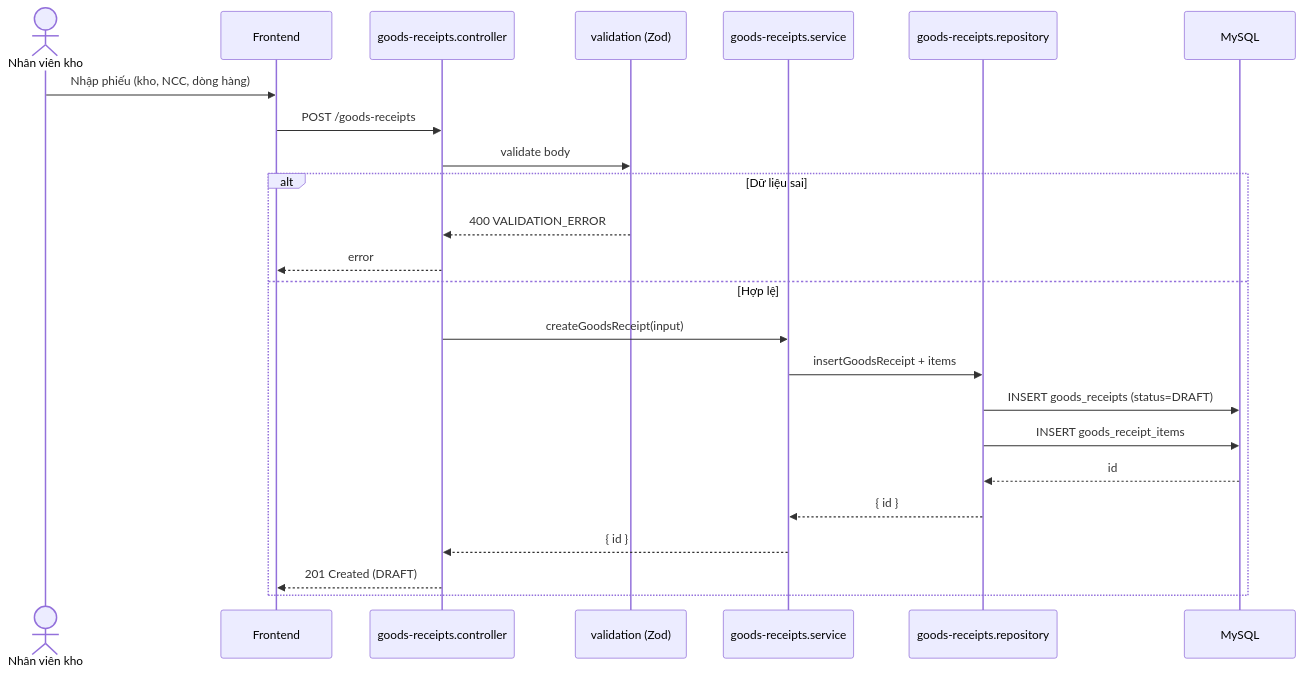
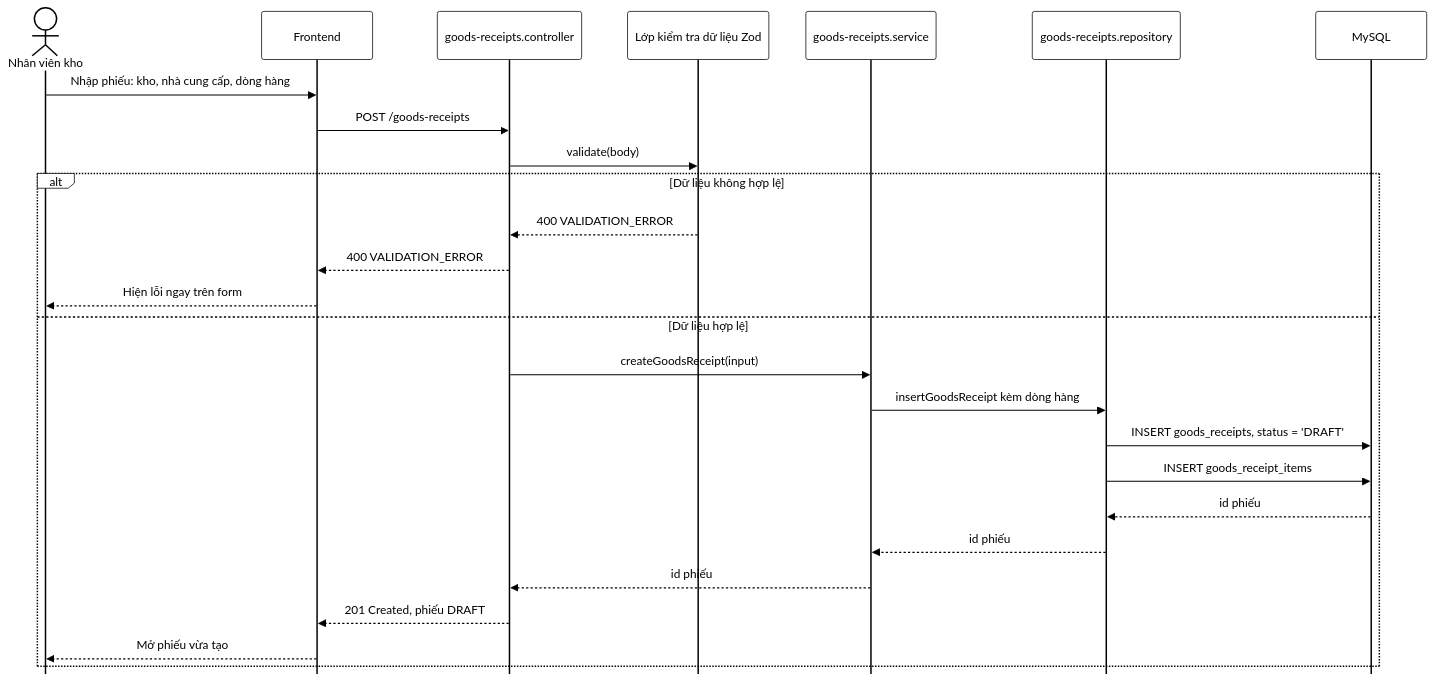
Diagram 19 of 54 in THIET_KE_HE_THONG.md (nguyenthihongnhu-dotcom/luanvan2026), drawn with Mermaid before and after one commit. The commit also changed other lines of this file and 170 other files, not shown here.

````diff
--- a/THIET_KE_HE_THONG.md
+++ b/THIET_KE_HE_THONG.md
@@ -809,27 +1342,68 @@
 ```mermaid
+%%{init: {
+  'theme': 'base',
+  'themeVariables': {
+    'primaryColor': '#ffffff',
+    'primaryBorderColor': '#000000',
+    'primaryTextColor': '#000000',
+    'secondaryColor': '#ffffff',
+    'secondaryBorderColor': '#000000',
+    'secondaryTextColor': '#000000',
+    'tertiaryColor': '#ffffff',
+    'tertiaryBorderColor': '#000000',
+    'tertiaryTextColor': '#000000',
+    'lineColor': '#000000',
+    'textColor': '#000000',
+    'mainBkg': '#ffffff',
+    'nodeBorder': '#000000',
+    'clusterBkg': '#ffffff',
+    'clusterBorder': '#000000',
+    'edgeLabelBackground': '#ffffff',
+    'fontSize': '14px',
+    'actorBkg': '#ffffff',
+    'actorBorder': '#000000',
+    'actorTextColor': '#000000',
+    'actorLineColor': '#000000',
+    'signalColor': '#000000',
+    'signalTextColor': '#000000',
+    'labelBoxBkgColor': '#ffffff',
+    'labelBoxBorderColor': '#000000',
+    'labelTextColor': '#000000',
+    'loopTextColor': '#000000',
+    'noteBkgColor': '#ffffff',
+    'noteBorderColor': '#000000',
+    'noteTextColor': '#000000',
+    'activationBkgColor': '#ffffff',
+    'activationBorderColor': '#000000',
+    'altBackground': '#ffffff'
+  },
+  'sequence': { 'mirrorActors': false, 'messageMargin': 40, 'boxMargin': 10, 'useMaxWidth': false }
+}}%%
 sequenceDiagram
     actor St as Nhân viên kho
     participant FE as Frontend
     participant C as goods-receipts.controller
-    participant V as validation (Zod)
+    participant V as Lớp kiểm tra dữ liệu Zod
     participant S as goods-receipts.service
     participant Repo as goods-receipts.repository
     participant DB as MySQL
 
-    St->>FE: Nhập phiếu (kho, NCC, dòng hàng)
+    St->>FE: Nhập phiếu: kho, nhà cung cấp, dòng hàng
     FE->>C: POST /goods-receipts
-    C->>V: validate body
-    alt Dữ liệu sai
+    C->>V: validate(body)
+    alt Dữ liệu không hợp lệ
         V-->>C: 400 VALIDATION_ERROR
-        C-->>FE: error
-    else Hợp lệ
+        C-->>FE: 400 VALIDATION_ERROR
+        FE-->>St: Hiện lỗi ngay trên form
+    else Dữ liệu hợp lệ
         C->>S: createGoodsReceipt(input)
-        S->>Repo: insertGoodsReceipt + items
-        Repo->>DB: INSERT goods_receipts (status=DRAFT)
+        S->>Repo: insertGoodsReceipt kèm dòng hàng
+        Repo->>DB: INSERT goods_receipts, status = 'DRAFT'
         Repo->>DB: INSERT goods_receipt_items
-        DB-->>Repo: id
-        Repo-->>S: { id }
-        S-->>C: { id }
-        C-->>FE: 201 Created (DRAFT)
+        DB-->>Repo: id phiếu
+        Repo-->>S: id phiếu
+        S-->>C: id phiếu
+        C-->>FE: 201 Created, phiếu DRAFT
+        FE-->>St: Mở phiếu vừa tạo
     end
 ```
````
